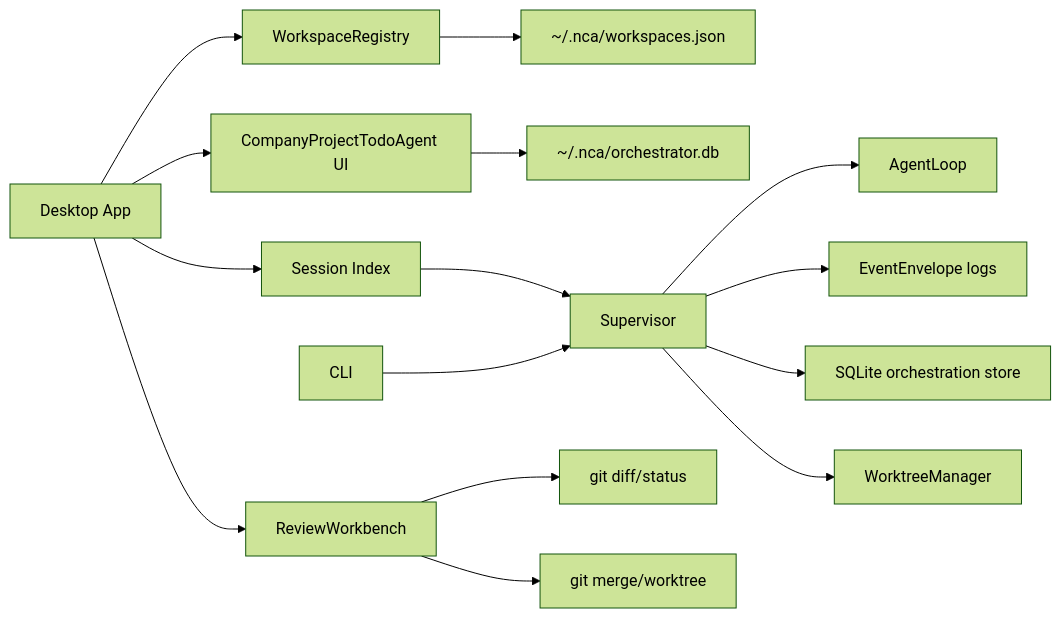
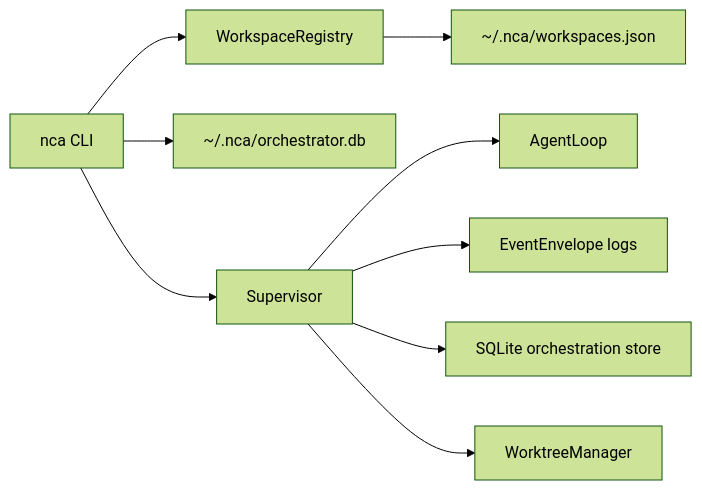
The second of 5 diagrams in docs/architecture.md (alexthotse/native-cli-ai), drawn with Mermaid (forest theme) before and after one commit. The commit also changed other lines of this file and 23 other files, not shown here.

First line of the commit message:
Refactor project structure and remove desktop monitor

````diff
--- a/docs/architecture.md
+++ b/docs/architecture.md
@@ -123,17 +106,11 @@
 ```mermaid
 flowchart LR
-  DesktopApp[Desktop App] --> WorkspaceRegistry
-  DesktopApp --> CompanyProjectUi[CompanyProjectTodoAgent UI]
-  DesktopApp --> SessionHub[Session Index]
-  DesktopApp --> ReviewWorkbench
-  WorkspaceRegistry --> LocalMetadata["~/.nca/workspaces.json"]
-  CompanyProjectUi --> OrchestratorDb["~/.nca/orchestrator.db"]
-  SessionHub --> RuntimeService[Supervisor]
+  Cli[nca CLI] --> WorkspaceRegistry
+  Cli --> OrchestratorDb["~/.nca/orchestrator.db"]
+  Cli --> RuntimeService[Supervisor]
   RuntimeService --> AgentRuns[AgentLoop]
   RuntimeService --> EventStore[EventEnvelope logs]
   RuntimeService --> OrchestratorStore[SQLite orchestration store]
   RuntimeService --> WorktreeManager
-  ReviewWorkbench --> GitInspector[git diff/status]
-  ReviewWorkbench --> MergeActions[git merge/worktree]
-  CliSecondary[CLI] --> RuntimeService
+  WorkspaceRegistry --> LocalMetadata["~/.nca/workspaces.json"]
 ```
````
